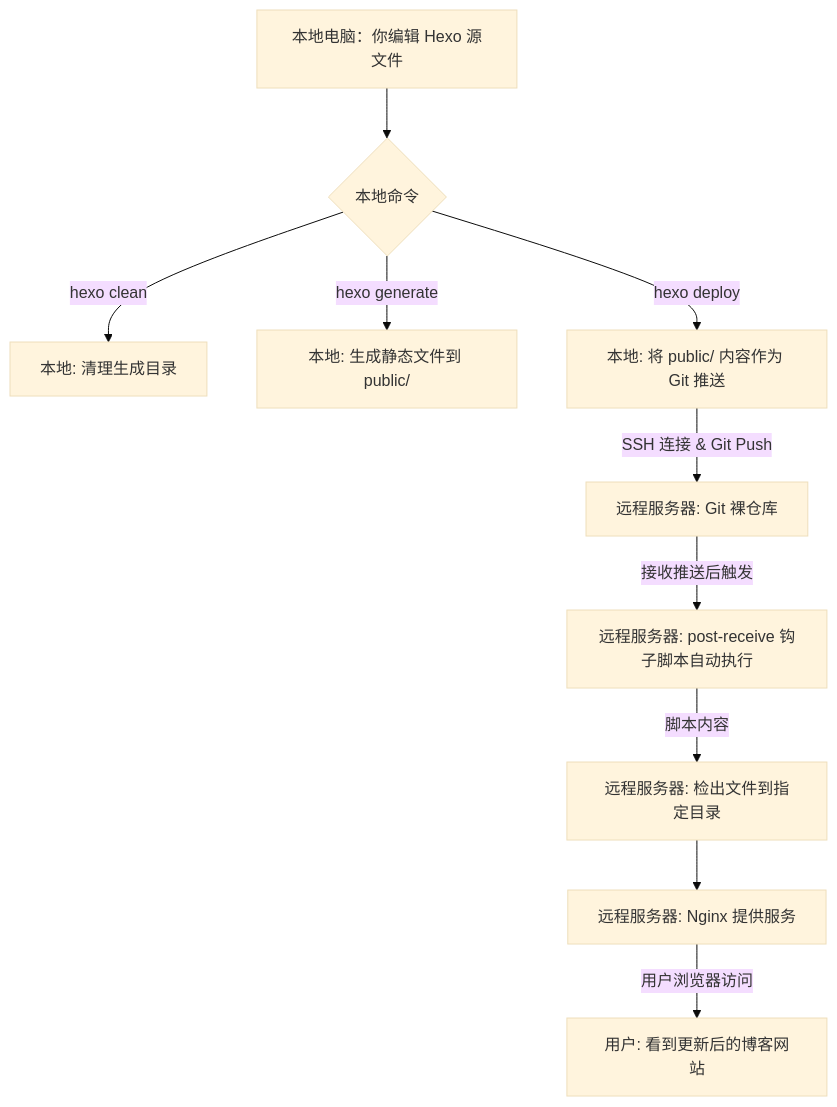
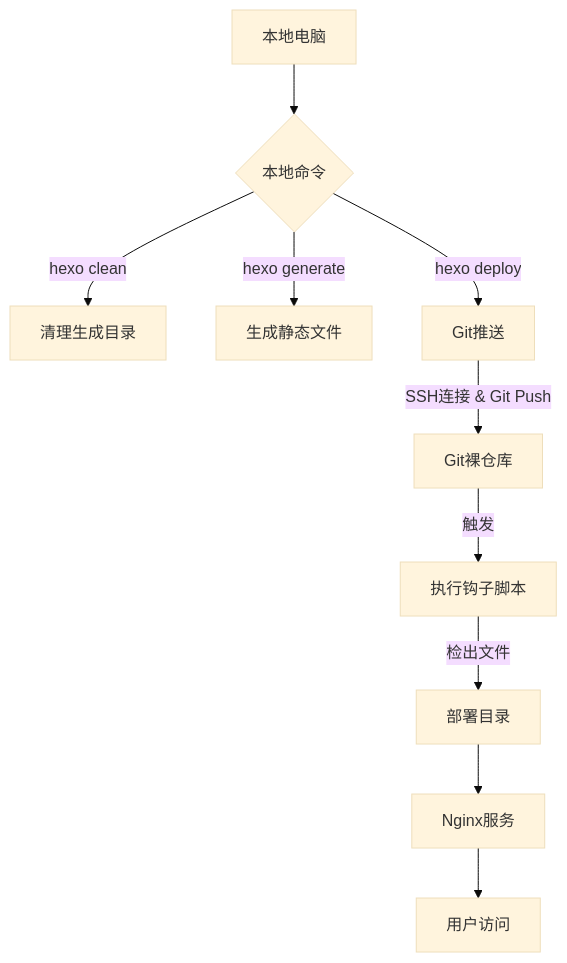
The diagram in source/_posts/hexo-网站建站.md (ImLorden/a-and-net), drawn with Mermaid (base theme) before and after one commit. The commit also changed other lines of this file and 7 other files, not shown here.

````diff
--- a/source/_posts/hexo-网站建站.md
+++ b/source/_posts/hexo-网站建站.md
@@ -295,12 +305,12 @@
 ```mermaid
-flowchart TD
-    A[本地电脑：你编辑 Hexo 源文件] --> B{本地命令}
-    B -- hexo clean --> C[本地: 清理生成目录]
-    B -- hexo generate --> D[本地: 生成静态文件到 public/]
-    B -- hexo deploy --> E[本地: 将 public/ 内容作为 Git 推送]
-    E -- SSH 连接 & Git Push --> F[远程服务器: Git 裸仓库]
-    F -- 接收推送后触发 --> G[远程服务器: post-receive 钩子脚本自动执行]
-    G -- 脚本内容 --> H[远程服务器: 检出文件到指定目录]
-    H --> I[远程服务器: Nginx 提供服务]
-    I -- 用户浏览器访问 --> J[用户: 看到更新后的博客网站]
+graph TD
+    A[本地电脑] --> B{本地命令}
+    B -->|hexo clean| C[清理生成目录]
+    B -->|hexo generate| D[生成静态文件]
+    B -->|hexo deploy| E[Git推送]
+    E -->|SSH连接 & Git Push| F[Git裸仓库]
+    F -->|触发| G[执行钩子脚本]
+    G -->|检出文件| H[部署目录]
+    H --> I[Nginx服务]
+    I --> J[用户访问]
 ```
````
